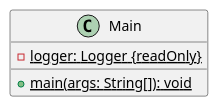
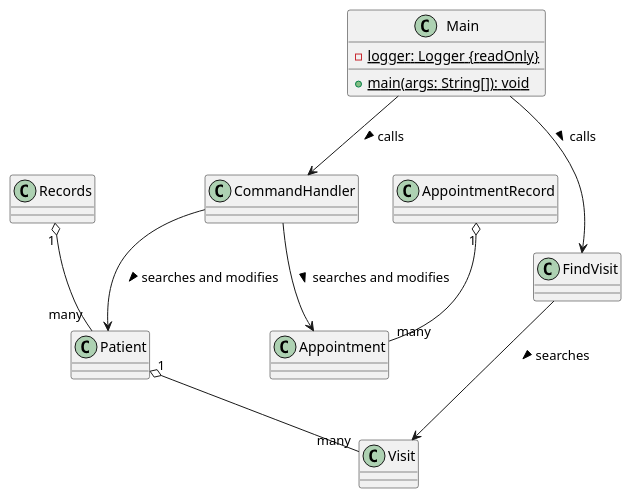
Before and after one commit to yentheng0110/tp: the diagram in docs/Main.puml, drawn with PlantUML. The commit also changed 7 other files, not shown here.

Commit message:
Class diagram association arrows

```diff
--- a/docs/Main.puml
+++ b/docs/Main.puml
@@ -1,9 +1,25 @@
 @startuml
 'https://plantuml.com/class-diagram
 
 class Main {
 -{static} logger: Logger {readOnly}
 +{static} main(args: String[]): void
 }
 
+class Patient {}
+class Visit {}
+class Main {}
+class Records {}
+class CommandHandler {}
+class AppointmentRecord {}
+
+
+CommandHandler --> Appointment : searches and modifies >
+AppointmentRecord "1" o-- "many" Appointment
+Main --> CommandHandler : calls >
+Main --> FindVisit : calls >
+CommandHandler --> Patient : searches and modifies >
+FindVisit --> Visit : searches >
+Records "1" o-- "many" Patient
+Patient "1" o-- "many" Visit
 @enduml
```
